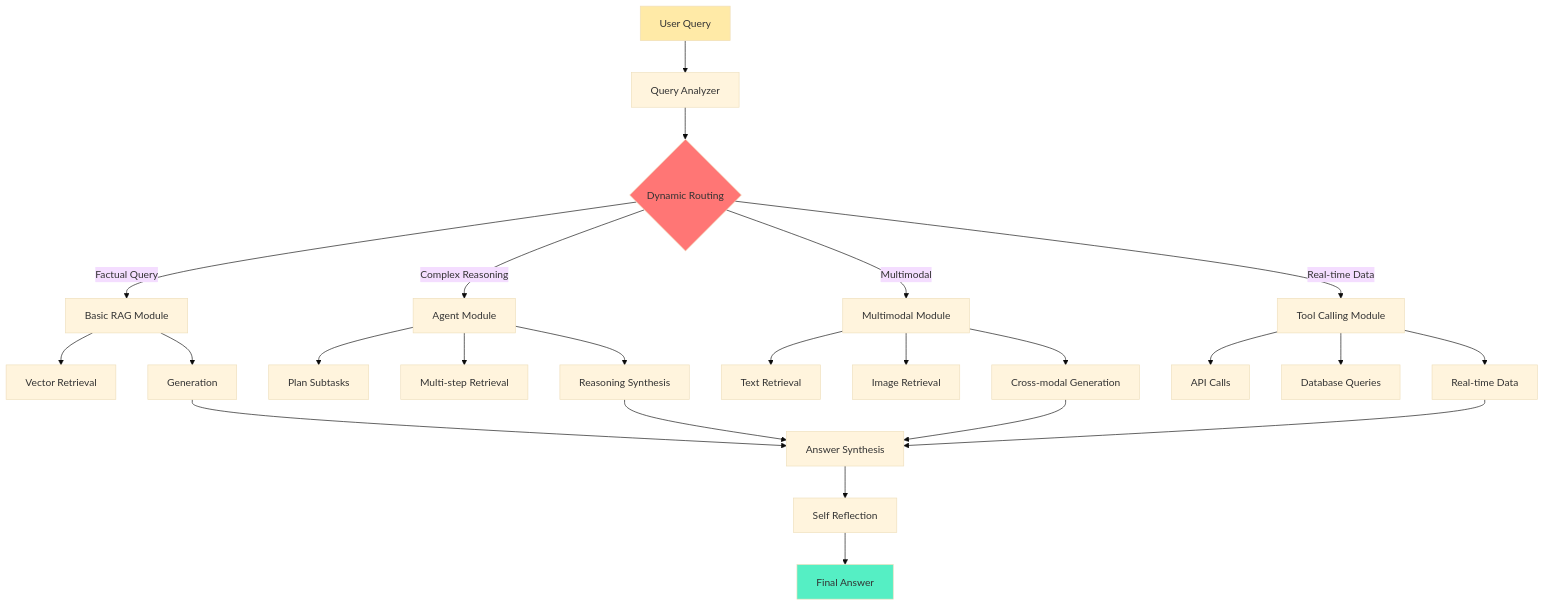
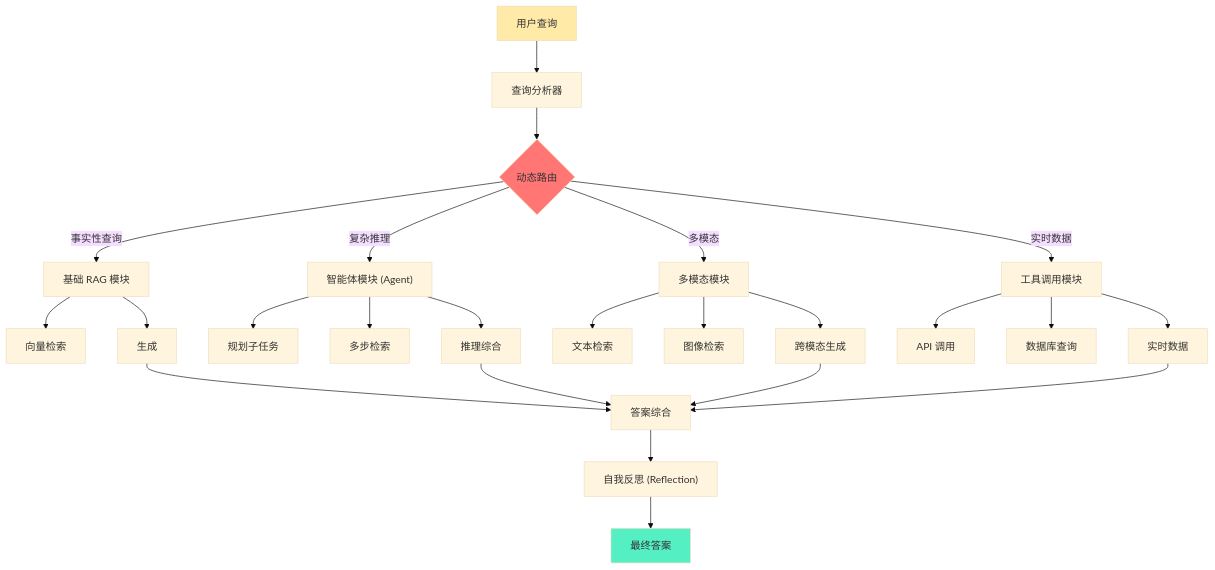
Diagram 14 of 15 in i18n/zh-Hans/docusaurus-plugin-content-docs/current/ai/rag/01-introduction.mdx (YiWang24/AiDIY), drawn with Mermaid (base theme) before and after one commit. The commit also changed other lines of this file and 59 other files, not shown here.

````diff
--- a/i18n/zh-Hans/docusaurus-plugin-content-docs/current/ai/rag/01-introduction.mdx
+++ b/i18n/zh-Hans/docusaurus-plugin-content-docs/current/ai/rag/01-introduction.mdx
@@ -1568,38 +1564,38 @@
 ```mermaid
 flowchart TB
-    A["User Query"] --> B["Query Analyzer"]
+    A["用户查询"] --> B["查询分析器"]
 
-    B --> C{"Dynamic Routing"}
+    B --> C{"动态路由"}
 
-    C -->|Factual Query| D["Basic RAG Module"]
-    C -->|Complex Reasoning| E["Agent Module"]
-    C -->|Multimodal| F["Multimodal Module"]
-    C -->|Real-time Data| G["Tool Calling Module"]
+    C -->|事实性查询| D["基础 RAG 模块"]
+    C -->|复杂推理| E["智能体模块 (Agent)"]
+    C -->|多模态| F["多模态模块"]
+    C -->|实时数据| G["工具调用模块"]
 
-    D --> D1["Vector Retrieval"]
-    D --> D2["Generation"]
+    D --> D1["向量检索"]
+    D --> D2["生成"]
 
-    E --> E1["Plan Subtasks"]
-    E --> E2["Multi-step Retrieval"]
-    E --> E3["Reasoning Synthesis"]
+    E --> E1["规划子任务"]
+    E --> E2["多步检索"]
+    E --> E3["推理综合"]
 
-    F --> F1["Text Retrieval"]
-    F --> F2["Image Retrieval"]
-    F --> F3["Cross-modal Generation"]
+    F --> F1["文本检索"]
+    F --> F2["图像检索"]
+    F --> F3["跨模态生成"]
 
-    G --> G1["API Calls"]
-    G --> G2["Database Queries"]
-    G --> G3["Real-time Data"]
+    G --> G1["API 调用"]
+    G --> G2["数据库查询"]
+    G --> G3["实时数据"]
 
-    D2 --> H["Answer Synthesis"]
+    D2 --> H["答案综合"]
     E3 --> H
     F3 --> H
     G3 --> H
 
-    H --> I["Self Reflection"]
-    I --> J["Final Answer"]
+    H --> I["自我反思 (Reflection)"]
+    I --> J["最终答案"]
 
     style A fill:#ffeaa7
     style C fill:#ff7675
     style J fill:#55efc4
 ```
````
